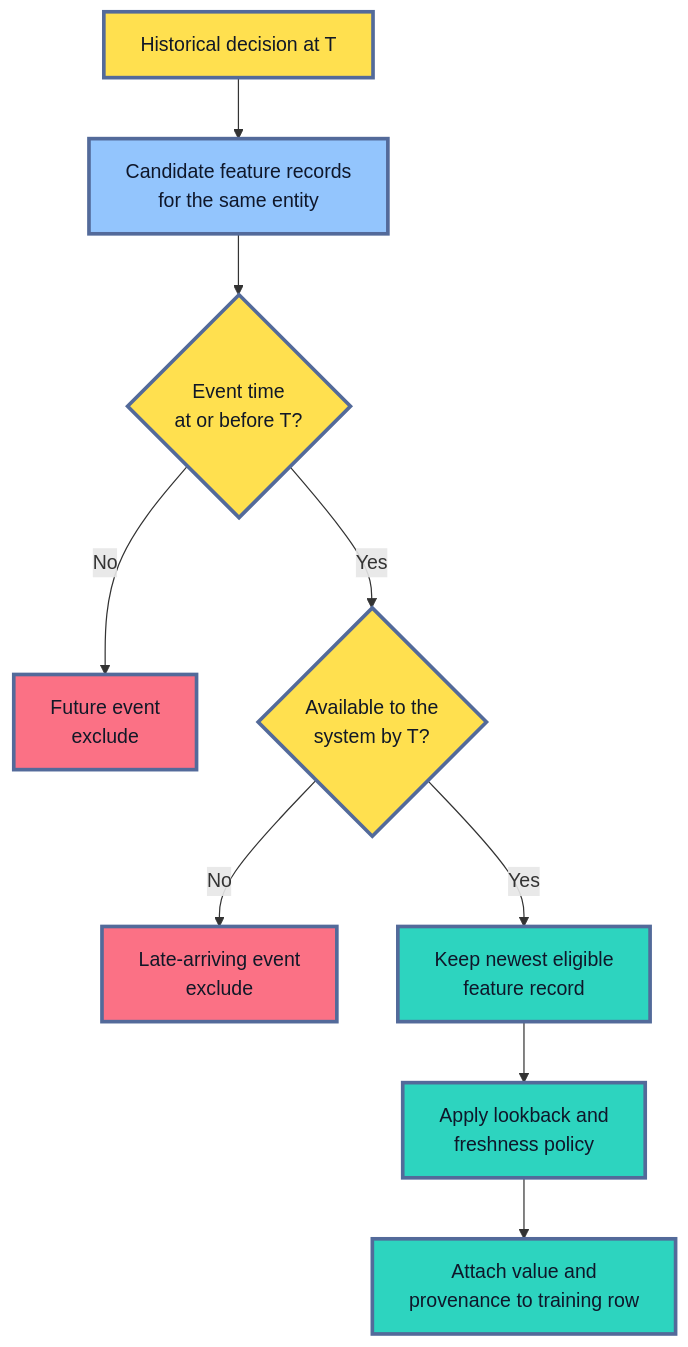
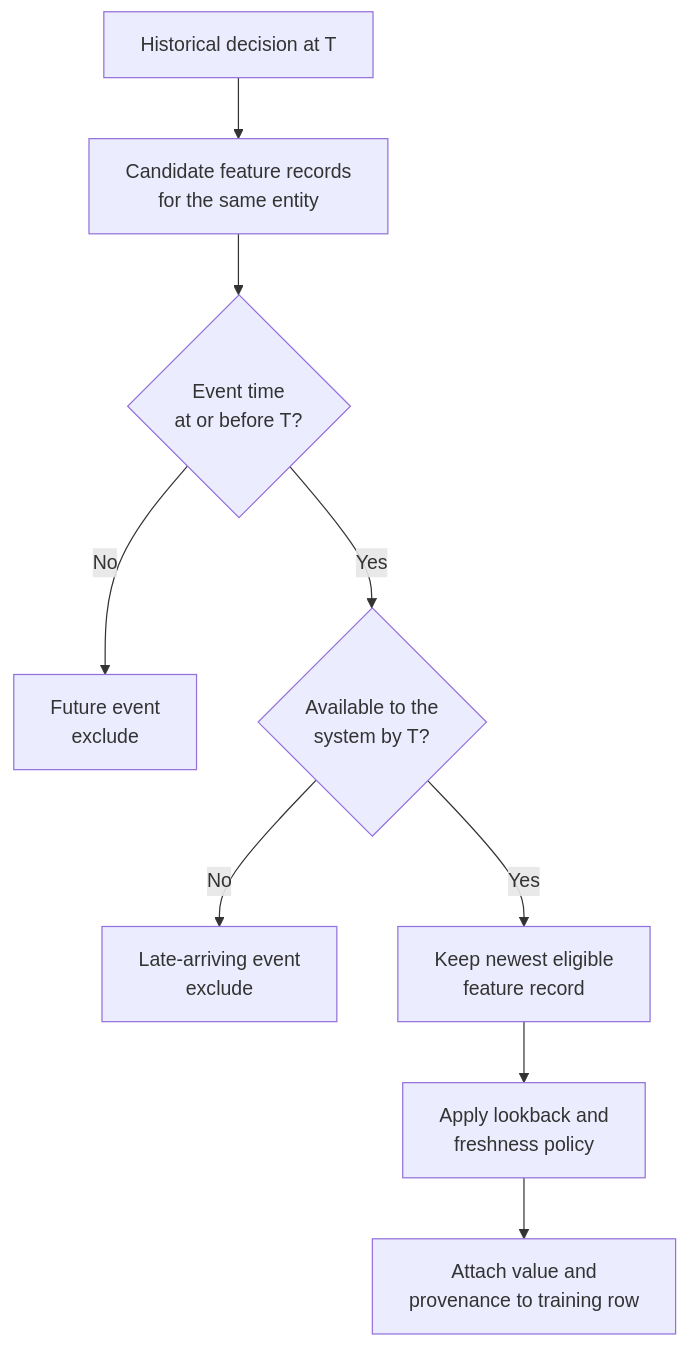
The second of 7 diagrams in roadmaps/mlops/modules/data-for-ml-systems/feature-management/02-online-vs-offline-features.md (senlinyy/dev-roadmaps), drawn with Mermaid before and after one commit. The commit also changed other lines of this file and 152 other files, not shown here.

Commit message:
feat: mlops and diagrams updated

````diff
--- a/roadmaps/mlops/modules/data-for-ml-systems/feature-management/02-online-vs-offline-features.md
+++ b/roadmaps/mlops/modules/data-for-ml-systems/feature-management/02-online-vs-offline-features.md
@@ -175,20 +171,16 @@
 ```mermaid
 flowchart TD
     A["Historical decision at T"] --> B["Candidate feature records<br/>for the same entity"]
     B --> C{"Event time<br/>at or before T?"}
     C -->|"No"| D["Future event<br/>exclude"]
     C -->|"Yes"| E{"Available to the<br/>system by T?"}
     E -->|"No"| F["Late-arriving event<br/>exclude"]
     E -->|"Yes"| G["Keep newest eligible<br/>feature record"]
     G --> H["Apply lookback and<br/>freshness policy"]
     H --> I["Attach value and<br/>provenance to training row"]
 
-    classDef decision fill:#FFE04F,stroke:#536A9A,stroke-width:3px,color:#111827
-    classDef candidate fill:#93C5FD,stroke:#536A9A,stroke-width:3px,color:#0F172A
-    classDef excluded fill:#FB7185,stroke:#536A9A,stroke-width:3px,color:#111827
-    classDef accepted fill:#2DD4BF,stroke:#536A9A,stroke-width:3px,color:#0F172A
     class A,C,E decision
     class B candidate
     class D,F excluded
     class G,H,I accepted
 ```
````
